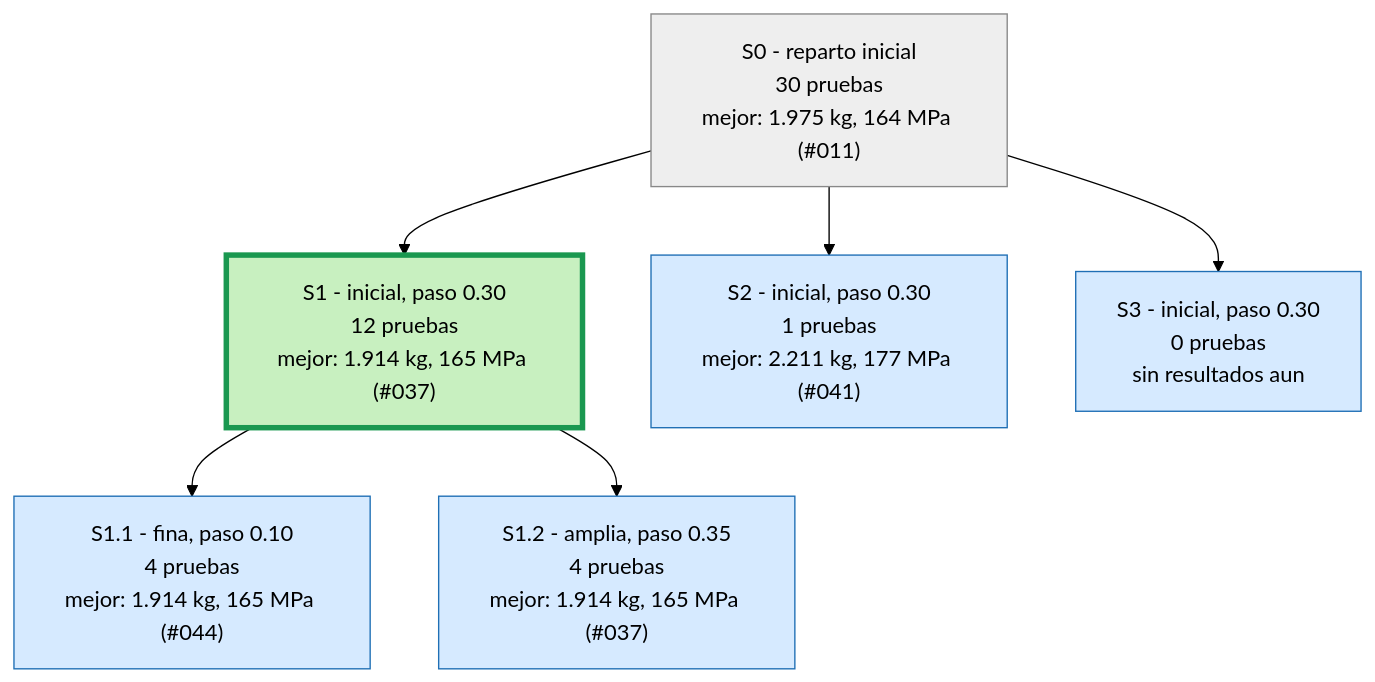
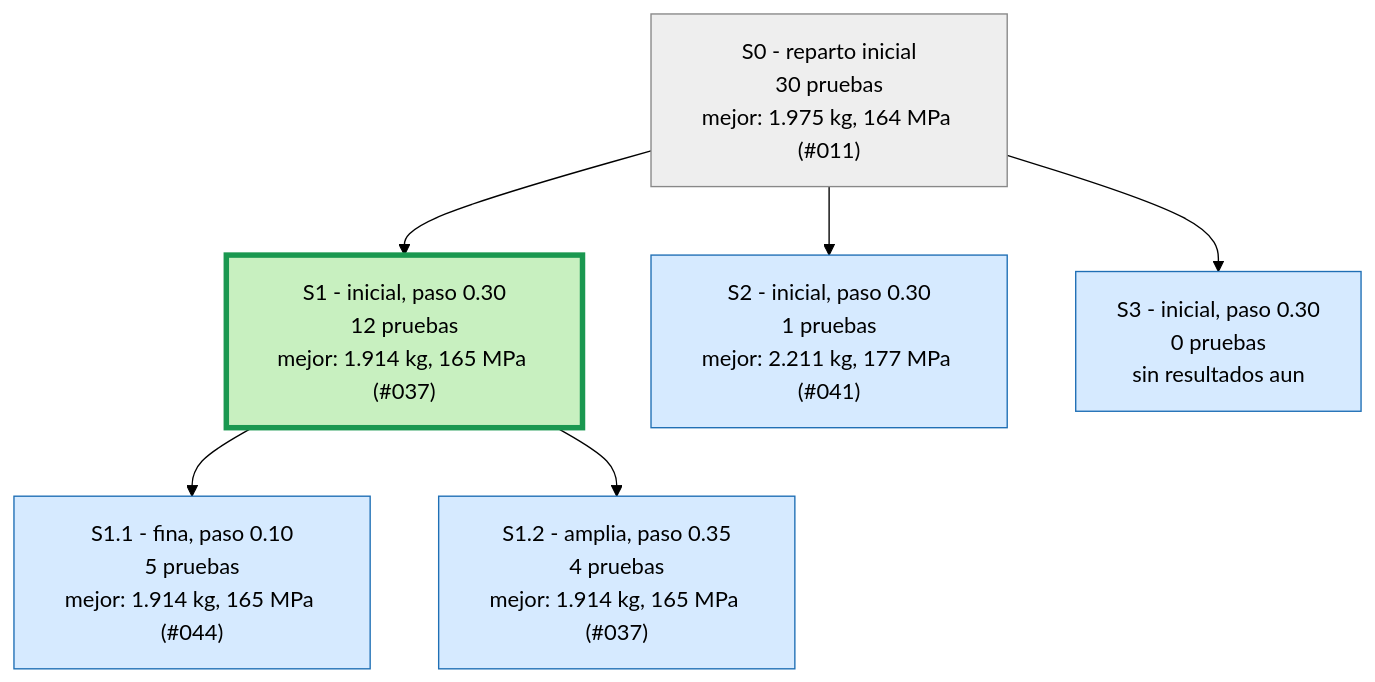
The first of 4 diagrams in runs/opt_37800N/ARBOL.md (Hugiko/msd-soporte-optimizacion), drawn with Mermaid (forest theme) before and after one commit. The commit also changed 36 other files, not shown here.

````diff
--- a/runs/opt_37800N/ARBOL.md
+++ b/runs/opt_37800N/ARBOL.md
@@ -9,17 +9,17 @@
 ```mermaid
 graph TD
 classDef activa fill:#d6eaff,stroke:#1f6fb5,color:#000
 classDef fin fill:#eeeeee,stroke:#888,color:#000
 classDef mejor fill:#c8f0c0,stroke:#1a9850,stroke-width:4px,color:#000
 S0["S0 - reparto inicial<br/>30 pruebas<br/>mejor: 1.975 kg, 164 MPa (#011)"]:::fin
 S1["S1 - inicial, paso 0.30<br/>12 pruebas<br/>mejor: 1.914 kg, 165 MPa (#037)"]:::mejor
 S0 --> S1
 S2["S2 - inicial, paso 0.30<br/>1 pruebas<br/>mejor: 2.211 kg, 177 MPa (#041)"]:::activa
 S0 --> S2
 S3["S3 - inicial, paso 0.30<br/>0 pruebas<br/>sin resultados aun"]:::activa
 S0 --> S3
-S1_1["S1.1 - fina, paso 0.10<br/>4 pruebas<br/>mejor: 1.914 kg, 165 MPa (#044)"]:::activa
+S1_1["S1.1 - fina, paso 0.10<br/>5 pruebas<br/>mejor: 1.914 kg, 165 MPa (#044)"]:::activa
 S1 --> S1_1
 S1_2["S1.2 - amplia, paso 0.35<br/>4 pruebas<br/>mejor: 1.914 kg, 165 MPa (#037)"]:::activa
 S1 --> S1_2
 ```
````
